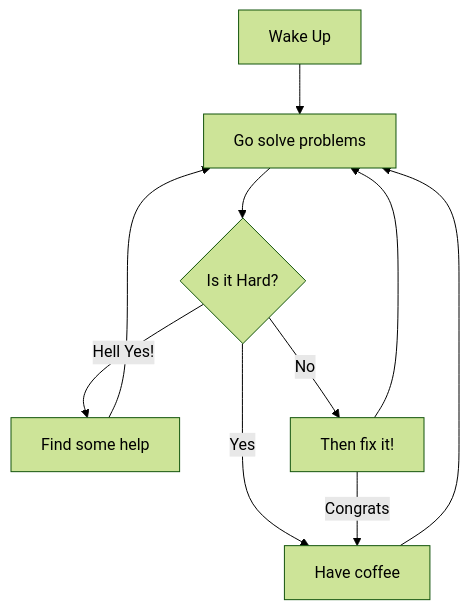
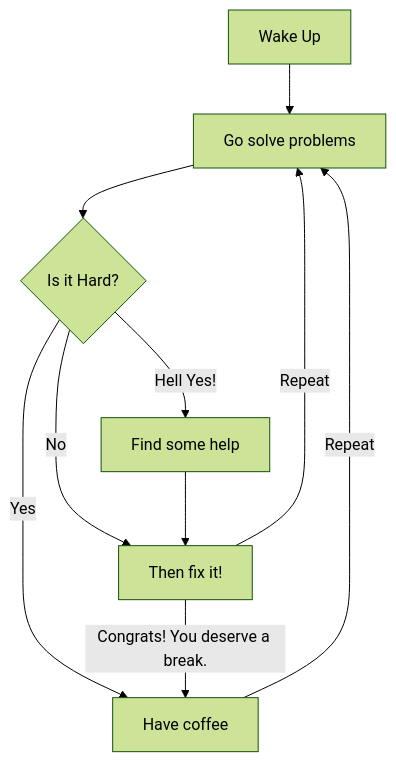
The diagram in README.md (mbesson/mbesson), drawn with Mermaid (forest theme) before and after one commit.

Commit message:
[MBE]: Top Down flow chart

````diff
--- a/README.md
+++ b/README.md
@@ -76,12 +76,12 @@
 ```mermaid
   flowchart TD
     B[Wake Up] --> D[Go solve problems]
     D --> E{Is it Hard?}
     E -->|Yes| F[Have coffee]
     E -->|Hell Yes!| G[Find some help]
     E -->|No| H[Then fix it!]
-    H -->|Congrats| F
-    F --> D
-    G --> D
-    H --> D
+    H -->|Congrats! You deserve a break.| F
+    F -->|Repeat|D
+    G --> H
+    H --> |Repeat|D
 ```
````
